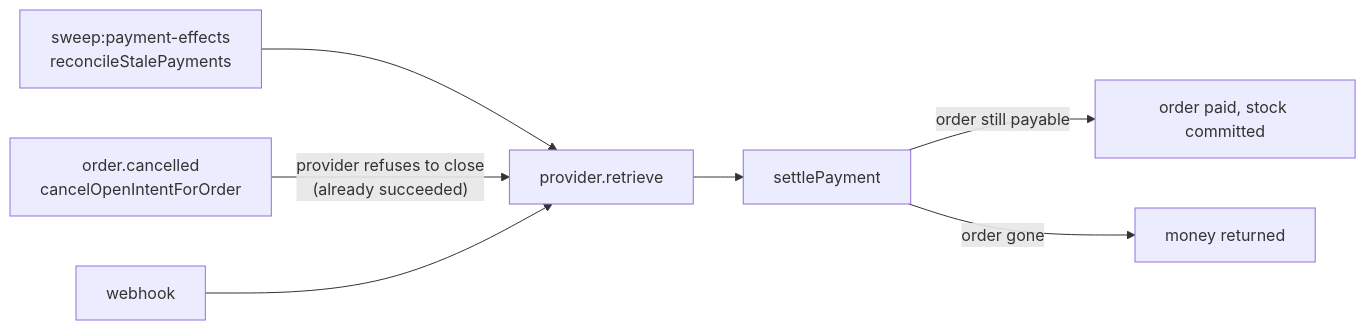
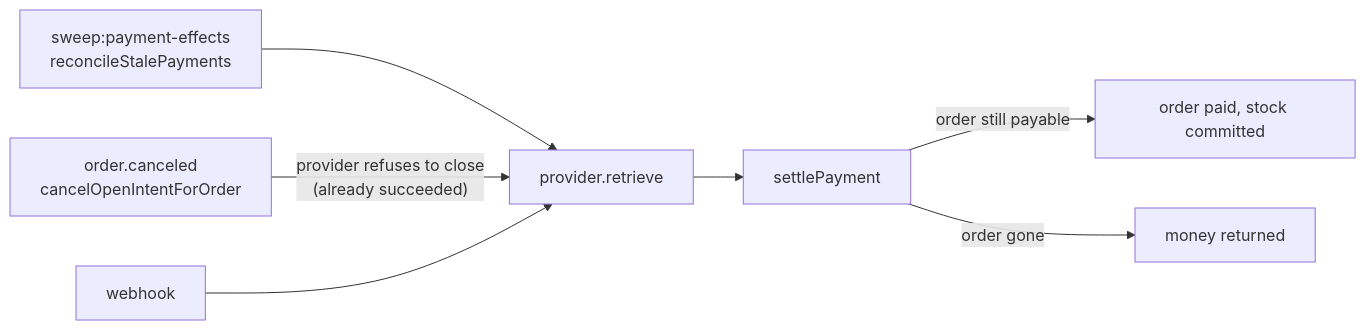
Before and after one commit to Guebbit/boilerplate-node-backend: the fourth of 18 diagrams in docs/modules/payments.md, drawn with Mermaid. The commit also changed other lines of this file and 301 other files, not shown here.

````diff
--- a/docs/modules/payments.md
+++ b/docs/modules/payments.md
@@ -236,9 +236,9 @@
 ```mermaid
 flowchart LR
     sweep["sweep:payment-effects<br/>reconcileStalePayments"] --> ask["provider.retrieve"]
-    cancel["order.cancelled<br/>cancelOpenIntentForOrder"] -- "provider refuses to close<br/>(already succeeded)" --> ask
+    cancel["order.canceled<br/>cancelOpenIntentForOrder"] -- "provider refuses to close<br/>(already succeeded)" --> ask
     hook["webhook"] --> ask
     ask --> settle["settlePayment"]
     settle -- "order still payable" --> paid["order paid, stock committed"]
     settle -- "order gone" --> refund["money returned"]
 ```
````
